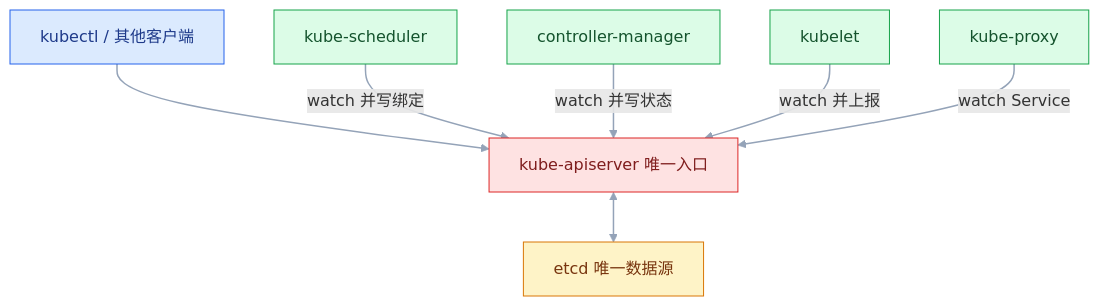
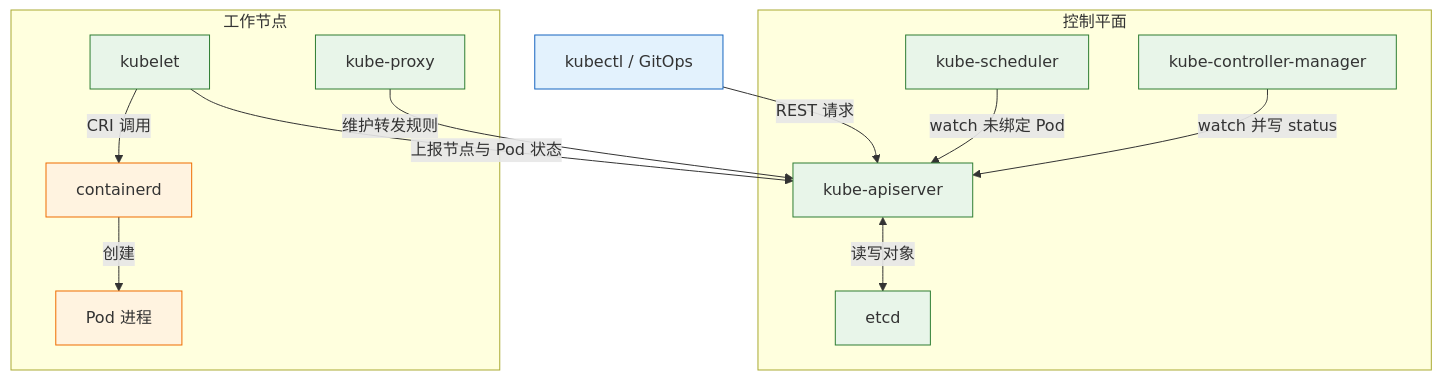
Before and after one commit to jimbosuper/studynotes: the first of 3 diagrams in blog/src/notes/07-运维/03-容器与编排/03-Kubernetes核心概念.md, drawn with Mermaid. The commit also changed other lines of this file and 367 other files, not shown here.

````diff
--- a/blog/src/notes/07-运维/03-容器与编排/03-Kubernetes核心概念.md
+++ b/blog/src/notes/07-运维/03-容器与编排/03-Kubernetes核心概念.md
@@ -472,15 +55,25 @@
 ```mermaid
 flowchart TD
-    classDef client fill:#DBEAFE,stroke:#2563EB,color:#1E3A8A
-    classDef service fill:#DCFCE7,stroke:#16A34A,color:#14532D
-    classDef data fill:#FEF3C7,stroke:#D97706,color:#78350F
-    classDef core fill:#FEE2E2,stroke:#DC2626,color:#7F1D1D
-
-    U["kubectl / 其他客户端"]:::client --> API["kube-apiserver 唯一入口"]:::core
-    API <--> ETCD["etcd 唯一数据源"]:::data
-    SCH["kube-scheduler"]:::service -->|"watch 并写绑定"| API
-    CM["controller-manager"]:::service -->|"watch 并写状态"| API
-    KL["kubelet"]:::service -->|"watch 并上报"| API
-    KP["kube-proxy"]:::service -->|"watch Service"| API
-    linkStyle default stroke:#94A3B8,stroke-width:1.5px
+    subgraph CP["控制平面"]
+        API["kube-apiserver"]
+        ETCD["etcd"]
+        SCH["kube-scheduler"]
+        CM["kube-controller-manager"]
+        API <-->|"读写对象"| ETCD
+        SCH -->|"watch 未绑定 Pod"| API
+        CM -->|"watch 并写 status"| API
+    end
+    subgraph NODE["工作节点"]
+        KL["kubelet"] -->|"CRI 调用"| RT["containerd"]
+        KP["kube-proxy"] -->|"维护转发规则"| API
+        KL -->|"上报节点与 Pod 状态"| API
+        RT -->|"创建"| P["Pod 进程"]
+    end
+    U["kubectl / GitOps"] -->|"REST 请求"| API
+    classDef client fill:#e3f2fd,stroke:#1565c0;
+    classDef engine fill:#e8f5e9,stroke:#2e7d32;
+    classDef image fill:#fff3e0,stroke:#ef6c00;
+    class U client
+    class API,ETCD,SCH,CM,KL,KP engine
+    class RT,P image
 ```
````
